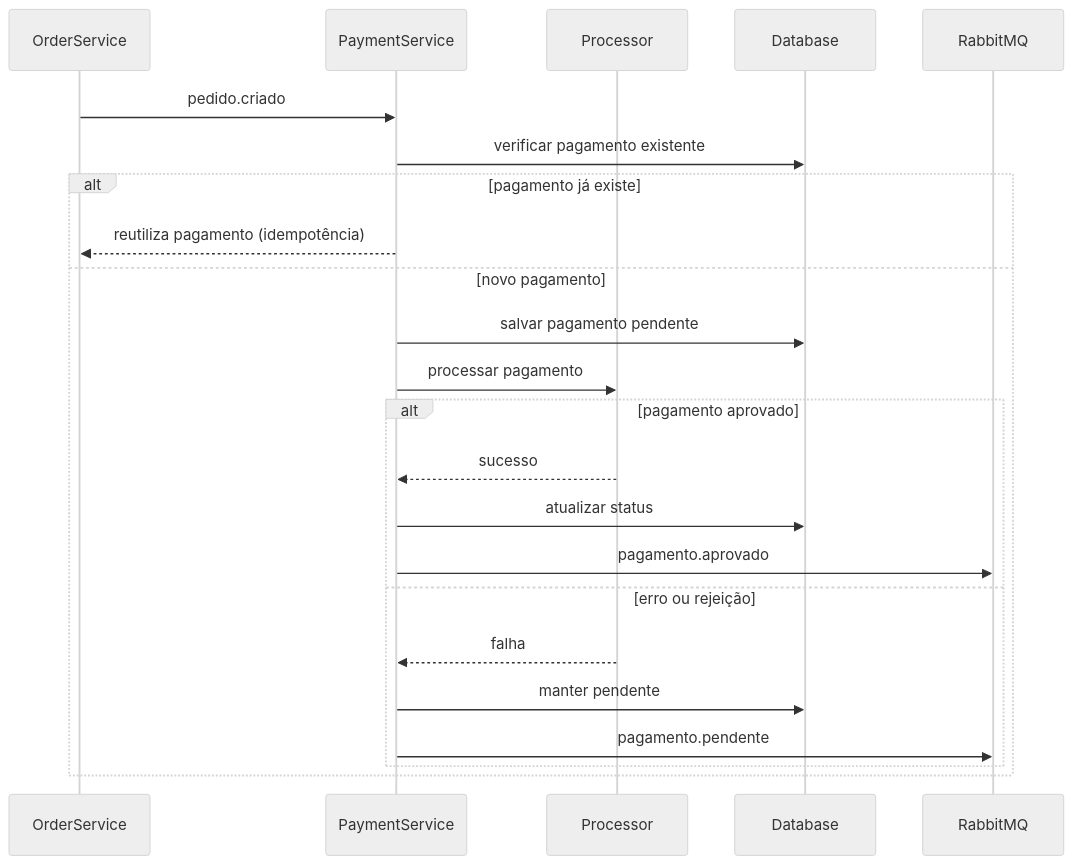
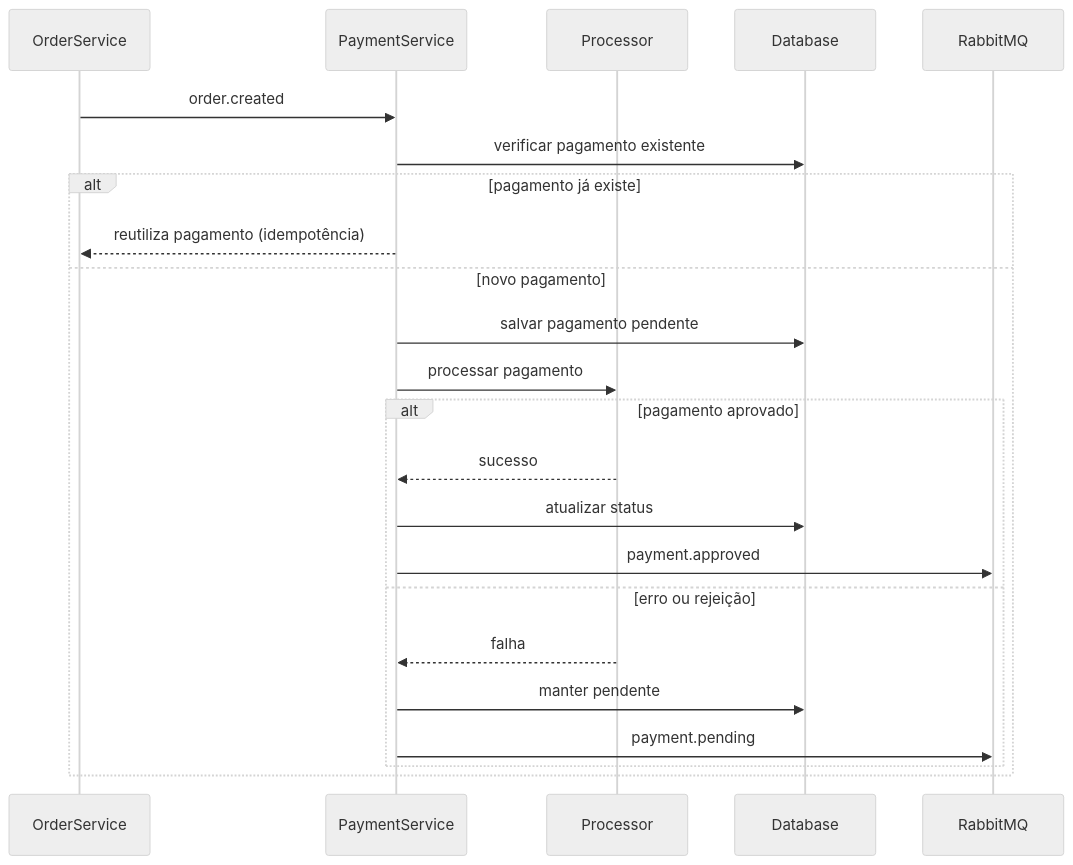
The third of 3 diagrams in README.md (alex-dev-br/restaurant-payment-service), drawn with Mermaid (neutral theme) before and after one commit. The commit also changed other lines of this file, not shown here.

````diff
--- a/README.md
+++ b/README.md
@@ -65,30 +148,30 @@
 ```mermaid
 sequenceDiagram
 
 participant OrderService
 participant PaymentService
 participant Processor
 participant Database
 participant RabbitMQ
 
-OrderService->>PaymentService: pedido.criado
+OrderService->>PaymentService: order.created
 
 PaymentService->>Database: verificar pagamento existente
 
 alt pagamento já existe
     PaymentService-->>OrderService: reutiliza pagamento (idempotência)
 else novo pagamento
     PaymentService->>Database: salvar pagamento pendente
     PaymentService->>Processor: processar pagamento
     
     alt pagamento aprovado
         Processor-->>PaymentService: sucesso
         PaymentService->>Database: atualizar status
-        PaymentService->>RabbitMQ: pagamento.aprovado
+        PaymentService->>RabbitMQ: payment.approved
     else erro ou rejeição
         Processor-->>PaymentService: falha
         PaymentService->>Database: manter pendente
-        PaymentService->>RabbitMQ: pagamento.pendente
+        PaymentService->>RabbitMQ: payment.pending
     end
 end
 ```
````
